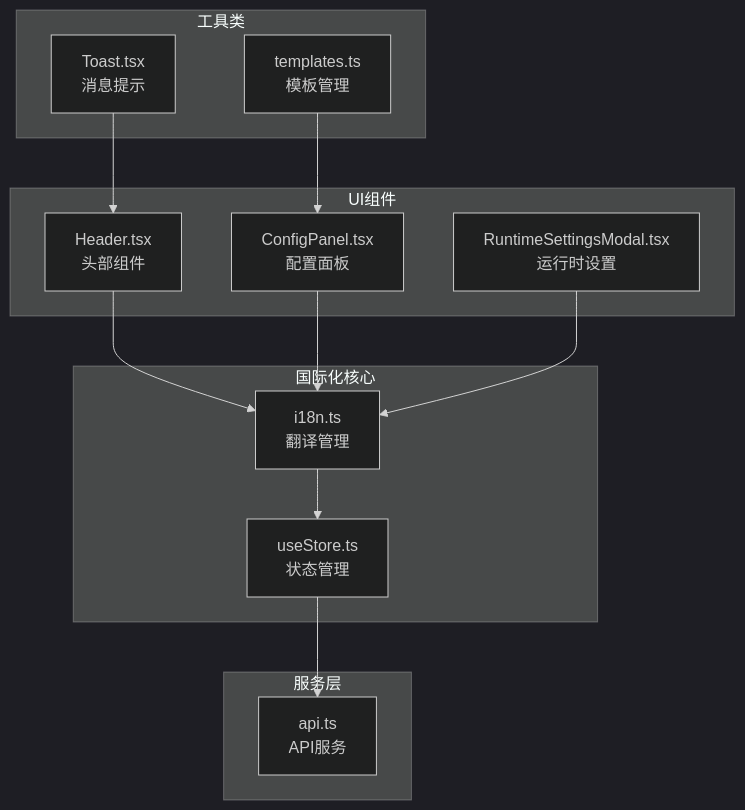
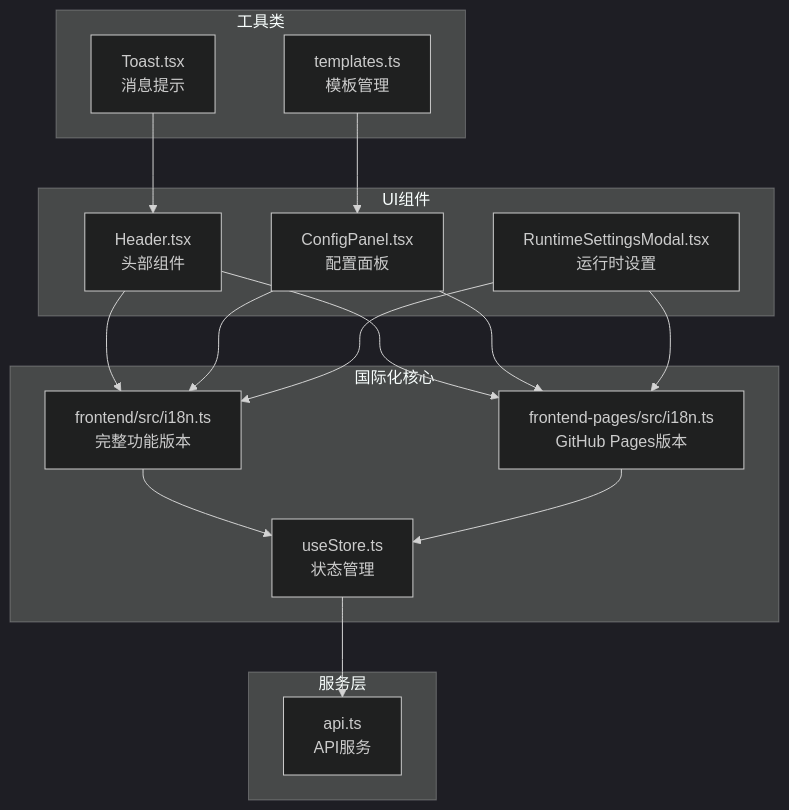
Before and after one commit to wanwushelie/markdown-to-word-studio: the first of 5 diagrams in .lingma/repowiki/zh/content/用户指南/前端界面现代化/国际化(i18n)系统.md, drawn with Mermaid (dark theme). The commit also changed other lines of this file and 82 other files, not shown here.

````diff
--- a/.lingma/repowiki/zh/content/用户指南/前端界面现代化/国际化(i18n)系统.md
+++ b/.lingma/repowiki/zh/content/用户指南/前端界面现代化/国际化(i18n)系统.md
@@ -34,26 +48,31 @@
 ```mermaid
 graph TB
 subgraph "国际化核心"
-I18N[i18n.ts<br/>翻译管理]
+I18N_Frontend[frontend/src/i18n.ts<br/>完整功能版本]
+I18N_FrontendPages[frontend-pages/src/i18n.ts<br/>GitHub Pages版本]
 Store[useStore.ts<br/>状态管理]
 end
 subgraph "UI组件"
 Header[Header.tsx<br/>头部组件]
 Config[ConfigPanel.tsx<br/>配置面板]
 Runtime[RuntimeSettingsModal.tsx<br/>运行时设置]
 end
 subgraph "工具类"
 Templates[templates.ts<br/>模板管理]
 Toast[Toast.tsx<br/>消息提示]
 end
 subgraph "服务层"
 API[api.ts<br/>API服务]
 end
-I18N --> Store
-Header --> I18N
-Config --> I18N
-Runtime --> I18N
+I18N_Frontend --> Store
+I18N_FrontendPages --> Store
+Header --> I18N_Frontend
+Header --> I18N_FrontendPages
+Config --> I18N_Frontend
+Config --> I18N_FrontendPages
+Runtime --> I18N_Frontend
+Runtime --> I18N_FrontendPages
 Store --> API
 Templates --> Config
 Toast --> Header
 ```
````
